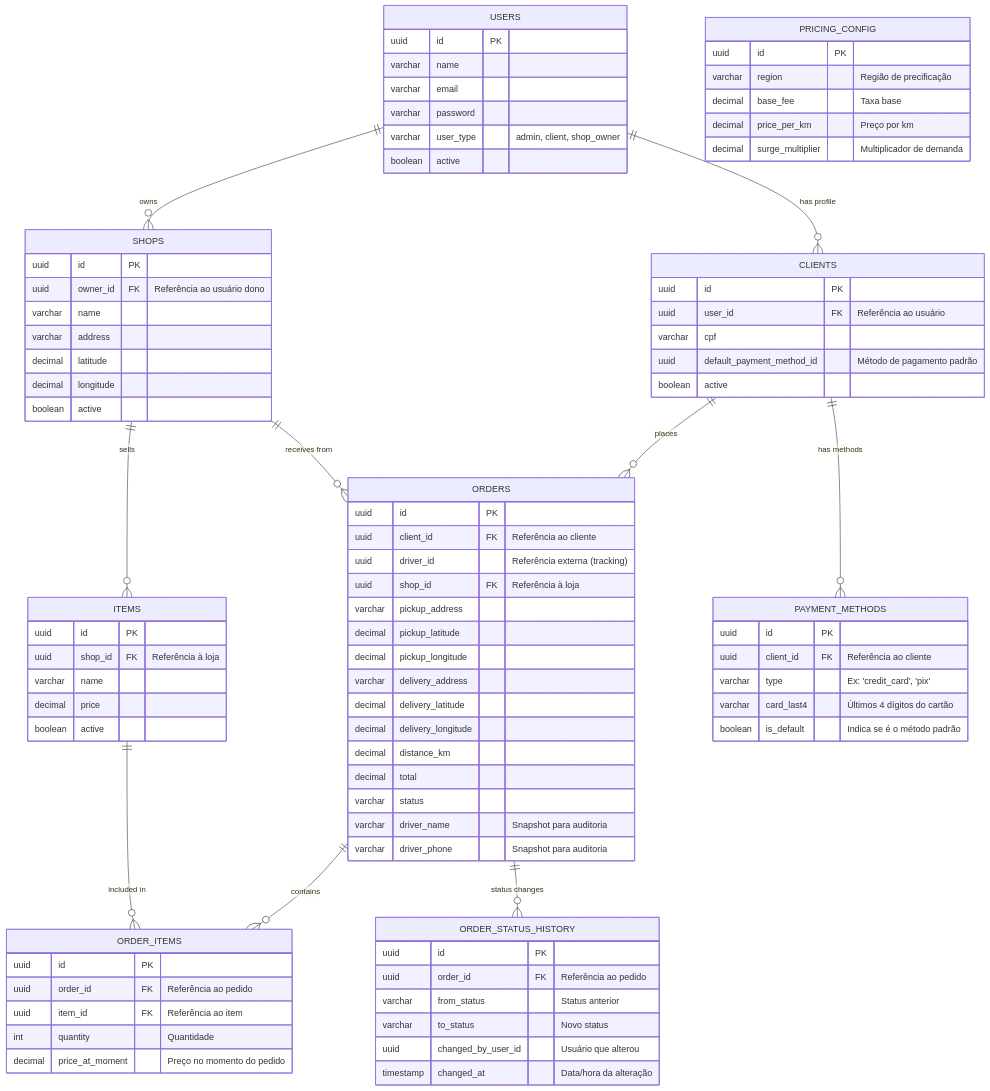
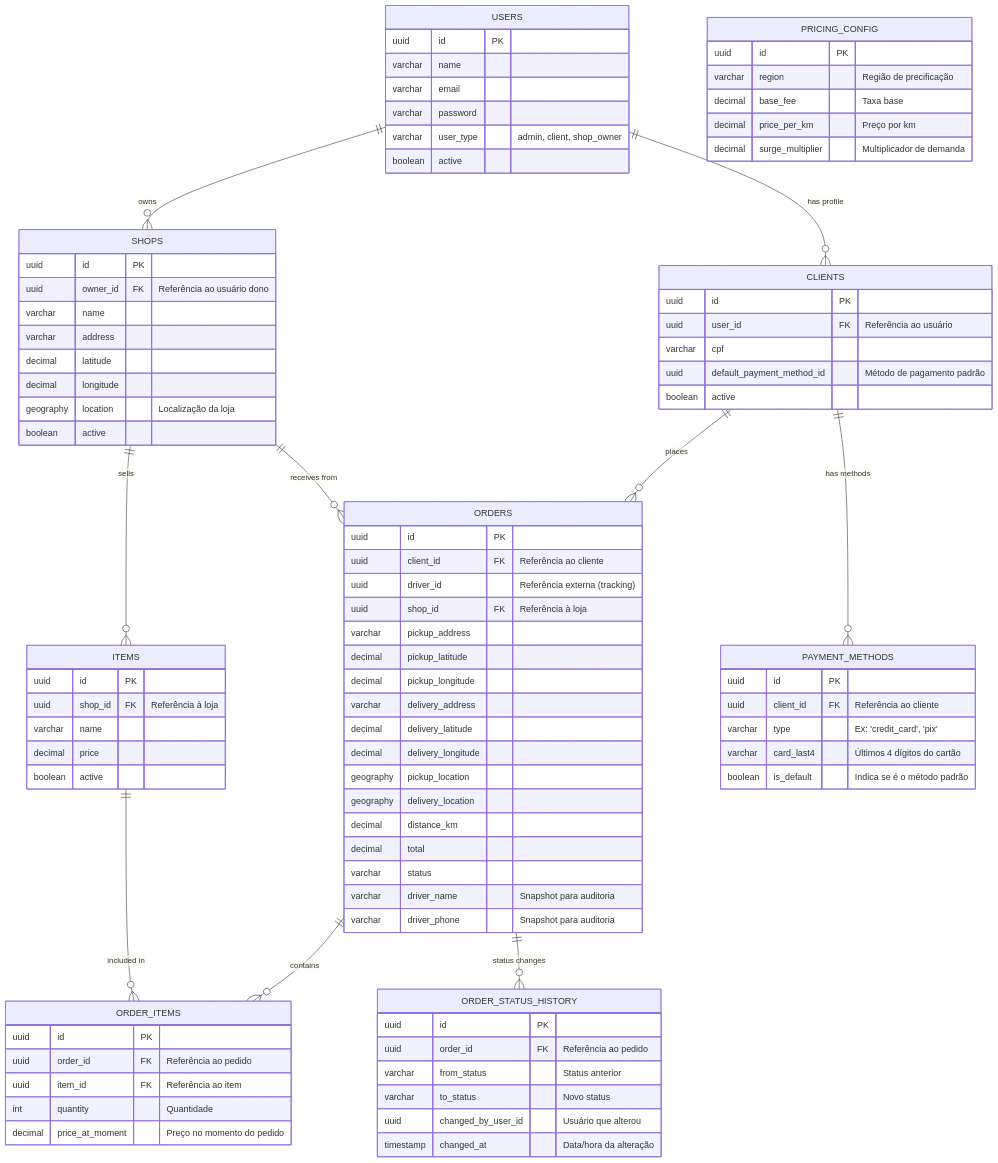
One commit to thiagoDOTjpeg/fleet-infra changed the fourth of 4 diagrams in ARCHITECTURE.MD. Above: the diagram before and after it, drawn with Mermaid. The commit also changed other lines of this file and 1 other file, not shown here.

```diff
--- a/ARCHITECTURE.MD
+++ b/ARCHITECTURE.MD
@@ -244,6 +248,7 @@
         varchar address
         decimal latitude
         decimal longitude
+        geography location "Localização da loja"
         boolean active
     }
 
@@ -274,6 +279,8 @@
         varchar delivery_address
         decimal delivery_latitude
         decimal delivery_longitude
+        geography pickup_location
+        geography delivery_location
         decimal distance_km
         decimal total
         varchar status
```
